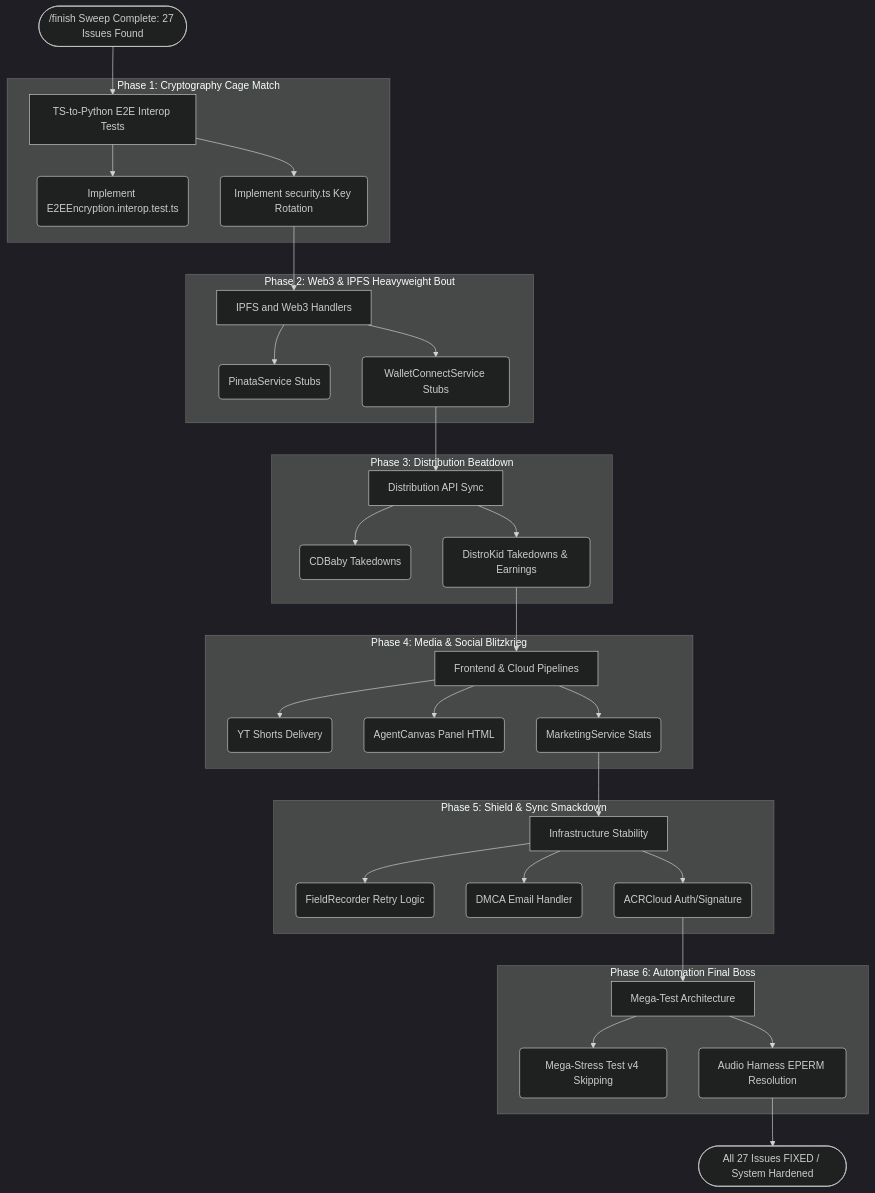
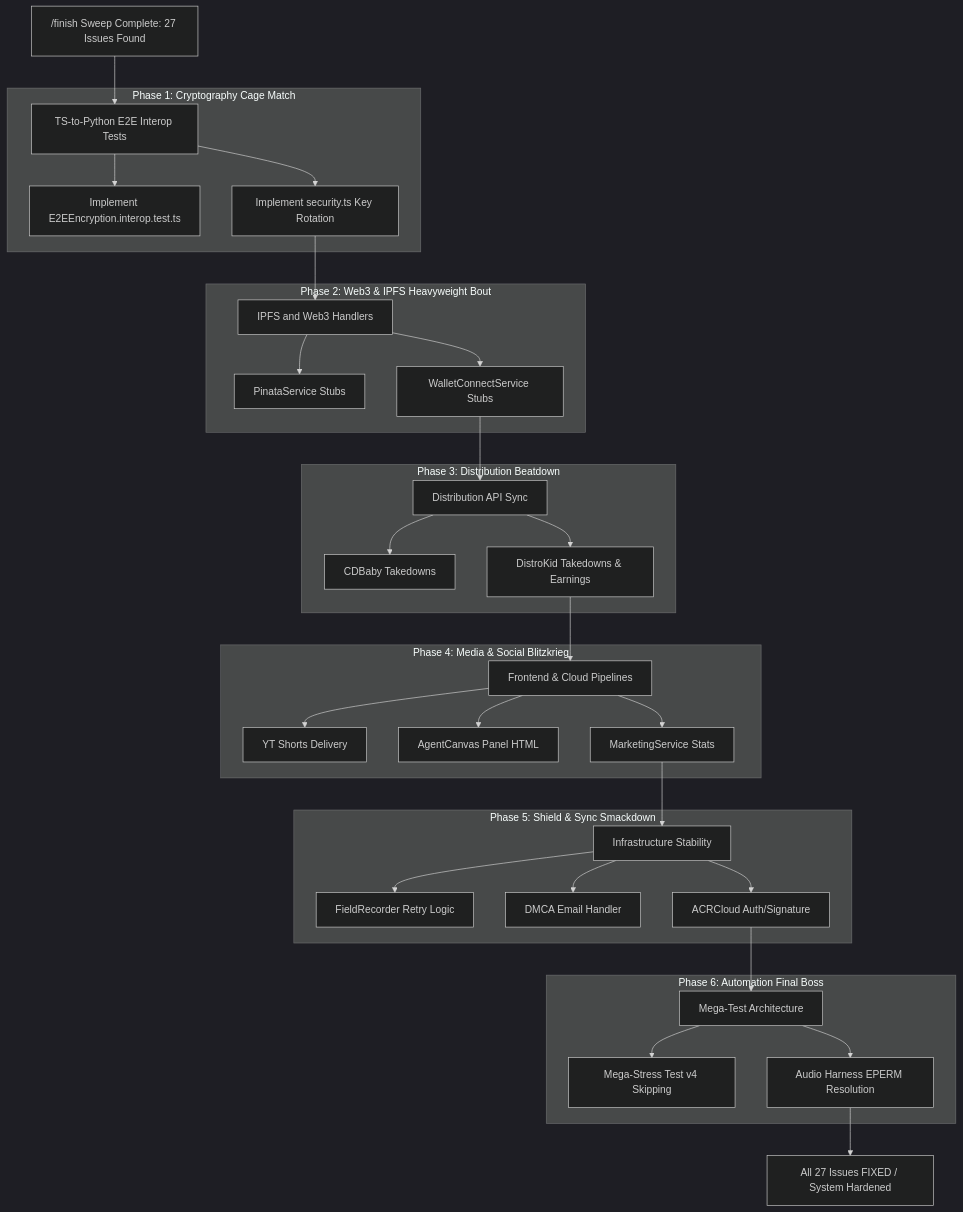
Before and after one commit to indii-music-founder/indii-music-founder: the diagram in docs/flowcharts/issue-gauntlet-macro.md, drawn with Mermaid (dark theme). The commit also changed other lines of this file and 1 other file, not shown here.

Commit message:
docs(flowcharts): improve transition breakdowns and clean syntax

````diff
--- a/docs/flowcharts/issue-gauntlet-macro.md
+++ b/docs/flowcharts/issue-gauntlet-macro.md
@@ -5,48 +5,48 @@
 ```mermaid
 graph TD
-    Start([/finish Sweep Complete: 27 Issues Found]) --> Phase1
+    Start["/finish Sweep Complete: 27 Issues Found"] --> Phase1
     
     subgraph "Phase 1: Cryptography Cage Match"
-        Phase1[TS-to-Python E2E Interop Tests] --> P1_A(Implement E2EEncryption.interop.test.ts)
-        Phase1 --> P1_B(Implement security.ts Key Rotation)
+        Phase1["TS-to-Python E2E Interop Tests"] --> P1_A["Implement E2EEncryption.interop.test.ts"]
+        Phase1 --> P1_B["Implement security.ts Key Rotation"]
     end
     
     P1_B --> Phase2
     
     subgraph "Phase 2: Web3 & IPFS Heavyweight Bout"
-        Phase2[IPFS and Web3 Handlers] --> P2_A(PinataService Stubs)
-        Phase2 --> P2_B(WalletConnectService Stubs)
+        Phase2["IPFS and Web3 Handlers"] --> P2_A["PinataService Stubs"]
+        Phase2 --> P2_B["WalletConnectService Stubs"]
     end
 
     P2_B --> Phase3
     
     subgraph "Phase 3: Distribution Beatdown"
-        Phase3[Distribution API Sync] --> P3_A(CDBaby Takedowns)
-        Phase3 --> P3_B(DistroKid Takedowns & Earnings)
+        Phase3["Distribution API Sync"] --> P3_A["CDBaby Takedowns"]
+        Phase3 --> P3_B["DistroKid Takedowns & Earnings"]
     end
 
     P3_B --> Phase4
 
     subgraph "Phase 4: Media & Social Blitzkrieg"
-        Phase4[Frontend & Cloud Pipelines] --> P4_A(YT Shorts Delivery)
-        Phase4 --> P4_B(AgentCanvas Panel HTML)
-        Phase4 --> P4_C(MarketingService Stats)
+        Phase4["Frontend & Cloud Pipelines"] --> P4_A["YT Shorts Delivery"]
+        Phase4 --> P4_B["AgentCanvas Panel HTML"]
+        Phase4 --> P4_C["MarketingService Stats"]
     end
 
     P4_C --> Phase5
 
     subgraph "Phase 5: Shield & Sync Smackdown"
-        Phase5[Infrastructure Stability] --> P5_A(FieldRecorder Retry Logic)
-        Phase5 --> P5_B(DMCA Email Handler)
-        Phase5 --> P5_C(ACRCloud Auth/Signature)
+        Phase5["Infrastructure Stability"] --> P5_A["FieldRecorder Retry Logic"]
+        Phase5 --> P5_B["DMCA Email Handler"]
+        Phase5 --> P5_C["ACRCloud Auth/Signature"]
     end
 
     P5_C --> Phase6
 
     subgraph "Phase 6: Automation Final Boss"
-        Phase6[Mega-Test Architecture] --> P6_A(Mega-Stress Test v4 Skipping)
-        Phase6 --> P6_B(Audio Harness EPERM Resolution)
+        Phase6["Mega-Test Architecture"] --> P6_A["Mega-Stress Test v4 Skipping"]
+        Phase6 --> P6_B["Audio Harness EPERM Resolution"]
     end
     
-    P6_B --> Finish([All 27 Issues FIXED / System Hardened])
+    P6_B --> Finish["All 27 Issues FIXED / System Hardened"]
 ```
````
